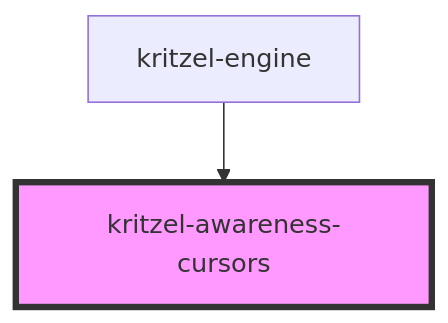
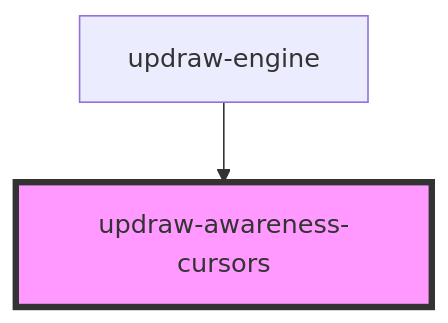
One commit to kasual1/kritzel changed the diagram in libs/engine/core/src/components/updraw-awareness-cursors/readme.md. Above: the diagram before and after it, drawn with Mermaid. The commit also changed other lines of this file and 1129 other files, not shown here.

First line of the commit message:
Replace kritzel with updraw across the codebase

````diff
--- a/libs/engine/core/src/components/updraw-awareness-cursors/readme.md
+++ b/libs/engine/core/src/components/updraw-awareness-cursors/readme.md
@@ -24,5 +24,5 @@
 ```mermaid
 graph TD;
-  kritzel-engine --> kritzel-awareness-cursors
-  style kritzel-awareness-cursors fill:#f9f,stroke:#333,stroke-width:4px
+  updraw-engine --> updraw-awareness-cursors
+  style updraw-awareness-cursors fill:#f9f,stroke:#333,stroke-width:4px
 ```
````
